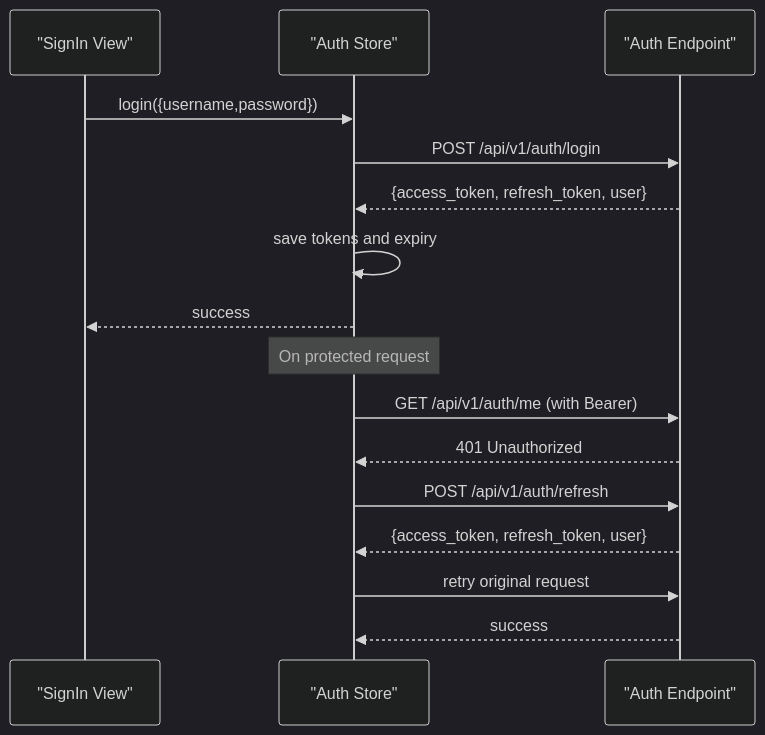
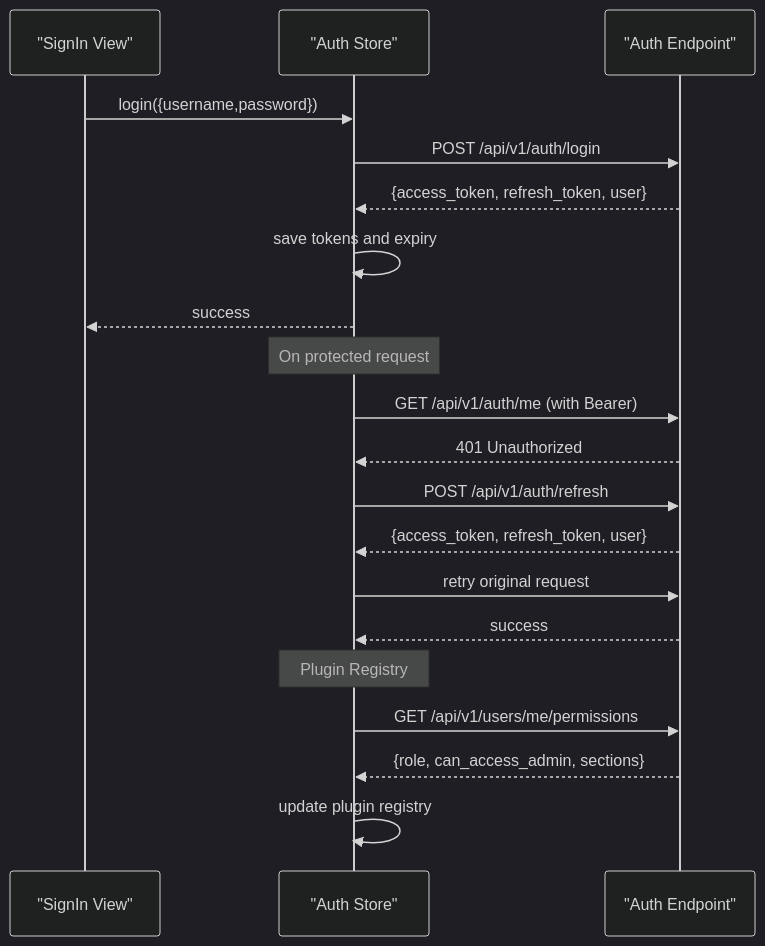
Before and after one commit to Nikita5543/New-SSO-02: the seventh of 9 diagrams in .qoder/repowiki/en/content/Authentication & Authorization System/Authentication & Authorization System.md, drawn with Mermaid (dark theme). The commit also changed other lines of this file and 4 other files, not shown here.

````diff
--- a/.qoder/repowiki/en/content/Authentication & Authorization System/Authentication & Authorization System.md
+++ b/.qoder/repowiki/en/content/Authentication & Authorization System/Authentication & Authorization System.md
@@ -322,18 +411,22 @@
 ```mermaid
 sequenceDiagram
 participant V as "SignIn View"
 participant S as "Auth Store"
 participant EP as "Auth Endpoint"
 V->>S : login({username,password})
 S->>EP : POST /api/v1/auth/login
 EP-->>S : {access_token, refresh_token, user}
 S->>S : save tokens and expiry
 S-->>V : success
 Note over S : On protected request
 S->>EP : GET /api/v1/auth/me (with Bearer)
 EP-->>S : 401 Unauthorized
 S->>EP : POST /api/v1/auth/refresh
 EP-->>S : {access_token, refresh_token, user}
 S->>EP : retry original request
 EP-->>S : success
+Note over S : Plugin Registry
+S->>EP : GET /api/v1/users/me/permissions
+EP-->>S : {role, can_access_admin, sections}
+S->>S : update plugin registry
 ```
````
